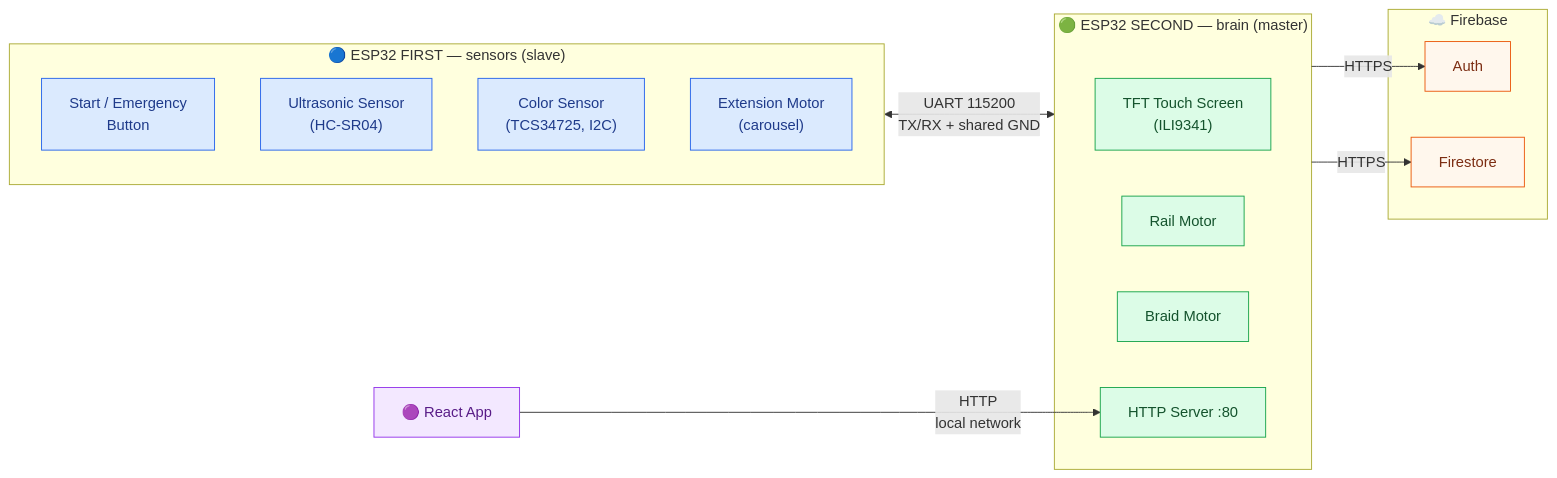
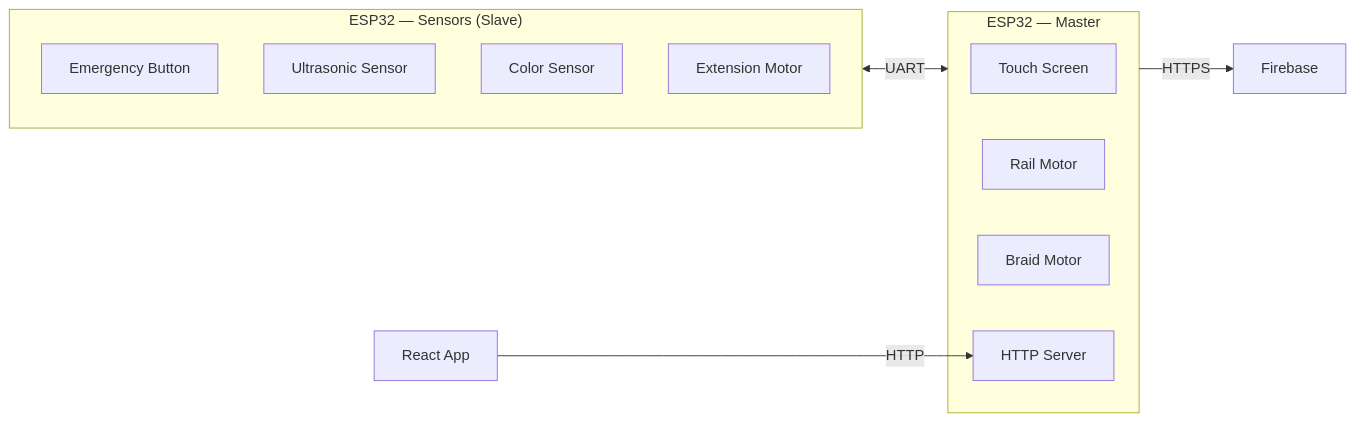
One commit to leagross/auto_braid_machine changed the diagram in README.md. Above: the diagram before and after it, drawn with Mermaid. The commit also changed other lines of this file and 3 other files, not shown here.

````diff
--- a/README.md
+++ b/README.md
@@ -53,37 +39,23 @@
 ```mermaid
 flowchart LR
-    subgraph FIRST["🔵 ESP32 FIRST — sensors (slave)"]
-        BTN["Start / Emergency<br/>Button"]
-        US["Ultrasonic Sensor<br/>(HC-SR04)"]
-        COLOR["Color Sensor<br/>(TCS34725, I2C)"]
-        DISP["Extension Motor<br/>(carousel)"]
+    subgraph FIRST["ESP32 — Sensors (Slave)"]
+        BTN["Emergency Button"]
+        US["Ultrasonic Sensor"]
+        COLOR["Color Sensor"]
+        DISP["Extension Motor"]
     end
 
-    subgraph SECOND["🟢 ESP32 SECOND — brain (master)"]
-        SCR["TFT Touch Screen<br/>(ILI9341)"]
+    subgraph SECOND["ESP32 — Master"]
+        SCR["Touch Screen"]
         RAIL["Rail Motor"]
         BRAID["Braid Motor"]
-        WEB["HTTP Server :80"]
+        WEB["HTTP Server"]
     end
 
-    APP["🟣 React App"]
+    APP["React App"]
+    CLOUD["Firebase"]
 
-    subgraph CLOUD["☁️ Firebase"]
-        AUTH["Auth"]
-        FS["Firestore"]
-    end
-
-    FIRST <-->|"UART 115200<br/>TX/RX + shared GND"| SECOND
-    APP -->|"HTTP<br/>local network"| WEB
-    SECOND -->|HTTPS| AUTH
-    SECOND -->|HTTPS| FS
-
-    classDef first fill:#dbeafe,stroke:#2563eb,color:#1e3a8a;
-    classDef second fill:#dcfce7,stroke:#16a34a,color:#14532d;
-    classDef app fill:#f3e8ff,stroke:#9333ea,color:#581c87;
-    classDef cloud fill:#fff7ed,stroke:#ea580c,color:#7c2d12;
-    class BTN,US,COLOR,DISP first;
-    class SCR,RAIL,BRAID,WEB second;
-    class APP app;
-    class AUTH,FS cloud;
+    FIRST <-->|UART| SECOND
+    APP -->|HTTP| WEB
+    SECOND -->|HTTPS| CLOUD
 ```
````
